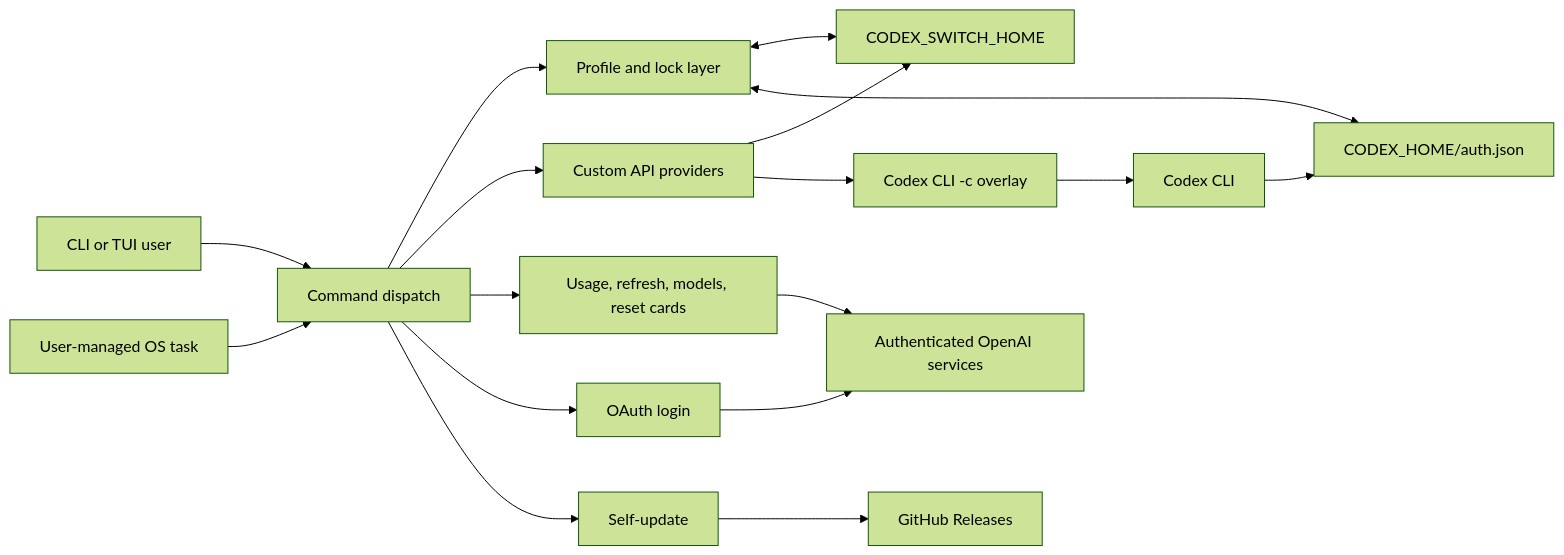
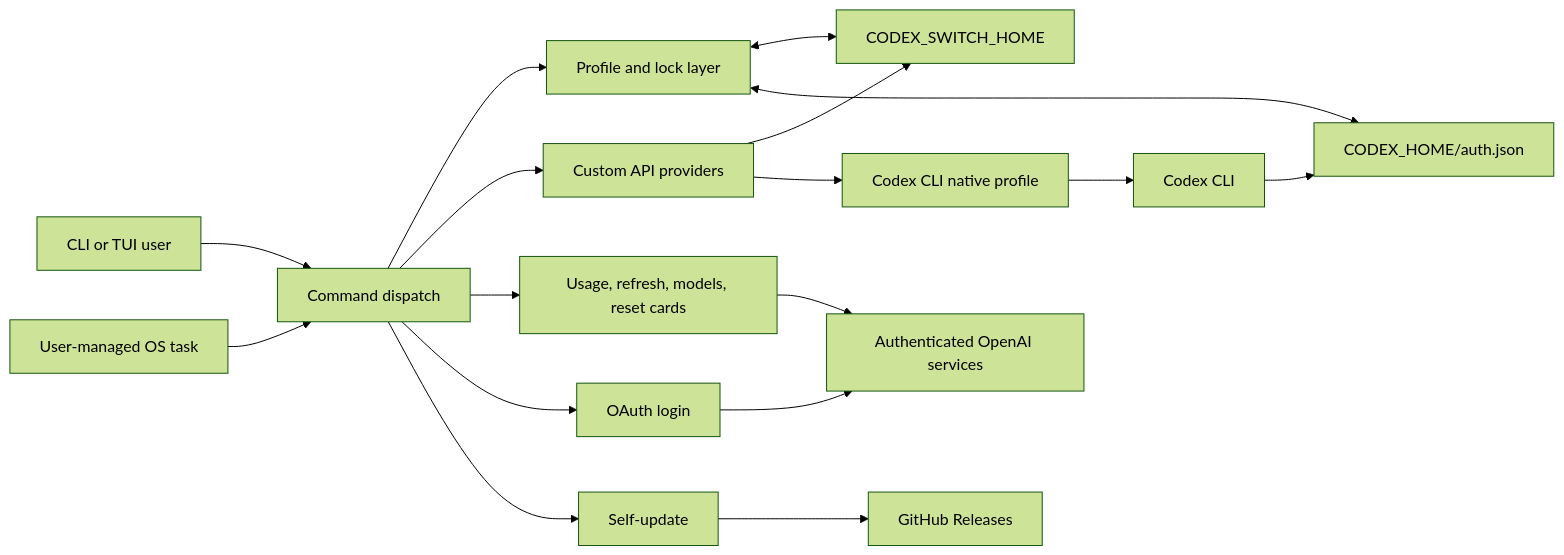
Before and after one commit to xjoker/codex-switch: the diagram in docs/wiki/Architecture-Overview.md, drawn with Mermaid (forest theme). The commit also changed other lines of this file and 27 other files, not shown here.

````diff
--- a/docs/wiki/Architecture-Overview.md
+++ b/docs/wiki/Architecture-Overview.md
@@ -7,19 +7,19 @@
 ```mermaid
 flowchart LR
     User[CLI or TUI user] --> Dispatch[Command dispatch]
     Scheduler[User-managed OS task] --> Dispatch[Command dispatch]
     Dispatch --> Profiles[Profile and lock layer]
     Dispatch --> Providers[Custom API providers]
     Dispatch --> Usage[Usage, refresh, models, reset cards]
     Dispatch --> Login[OAuth login]
     Dispatch --> Update[Self-update]
     Profiles <--> CSHome[CODEX_SWITCH_HOME]
     Providers --> CSHome
-    Providers --> CodexLaunch[Codex CLI -c overlay]
+    Providers --> CodexLaunch[Codex CLI native profile]
     Profiles <--> CodexAuth[CODEX_HOME/auth.json]
     Usage --> OpenAI[Authenticated OpenAI services]
     Login --> OpenAI
     Update --> Releases[GitHub Releases]
     Codex[Codex CLI] --> CodexAuth
     CodexLaunch --> Codex
 ```
````
